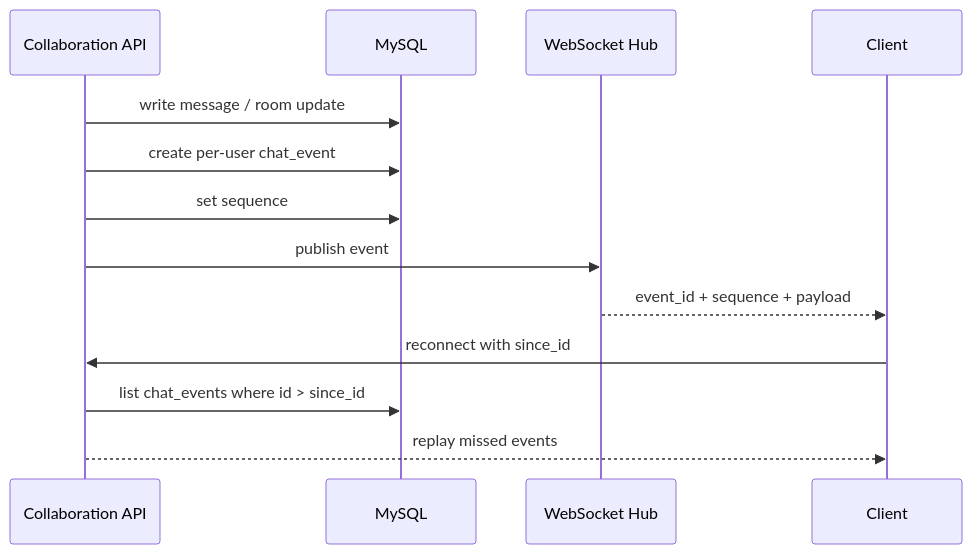
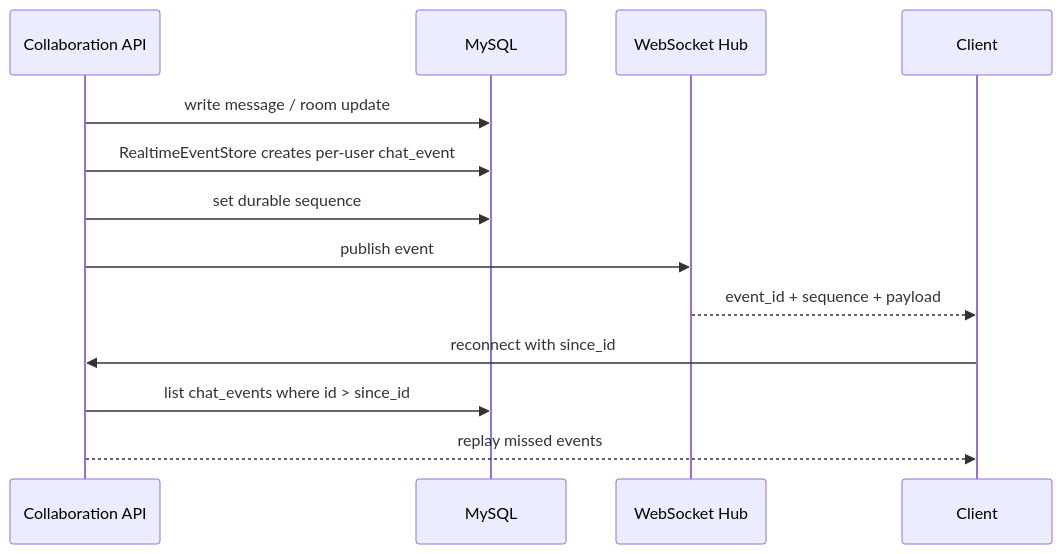
One commit to XianingY/AllCallAll changed the second of 3 diagrams in docs/interview/system-design.md. Above: the diagram before and after it, drawn with Mermaid. The commit also changed other lines of this file, not shown here.

Commit message:
Document interview system design flow

````diff
--- a/docs/interview/system-design.md
+++ b/docs/interview/system-design.md
@@ -52,16 +52,16 @@
 ```mermaid
 sequenceDiagram
     participant API as Collaboration API
     participant DB as MySQL
     participant Hub as WebSocket Hub
     participant Client as Client
 
     API->>DB: write message / room update
-    API->>DB: create per-user chat_event
-    API->>DB: set sequence
+    API->>DB: RealtimeEventStore creates per-user chat_event
+    API->>DB: set durable sequence
     API->>Hub: publish event
     Hub-->>Client: event_id + sequence + payload
     Client->>API: reconnect with since_id
     API->>DB: list chat_events where id > since_id
     API-->>Client: replay missed events
 ```
````
